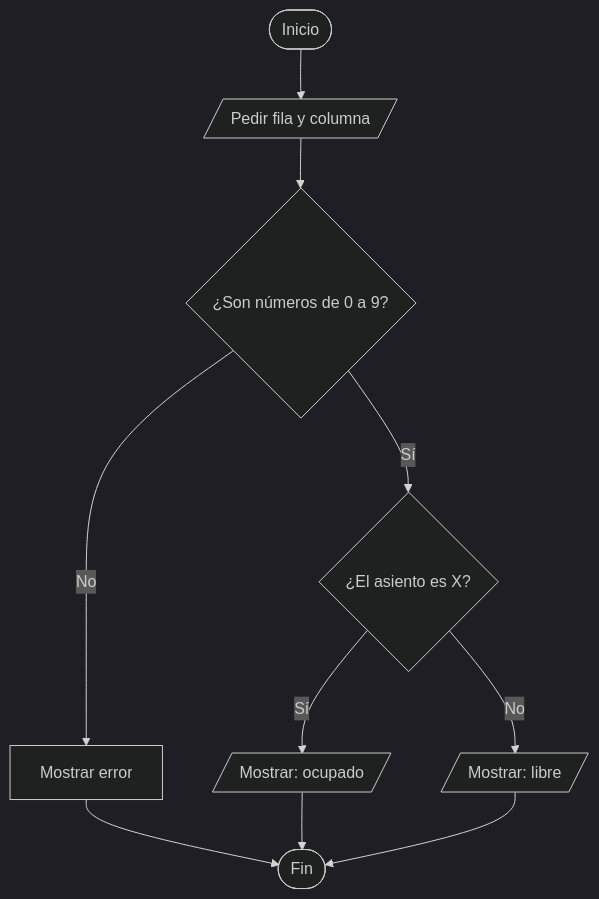
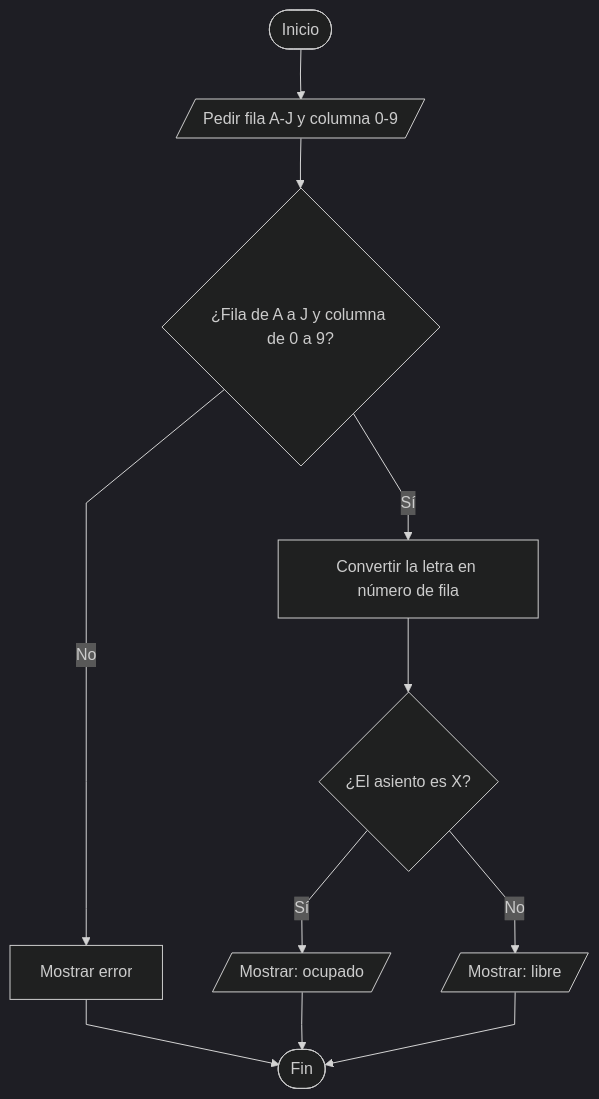
Before and after one commit to Roberto8322/Proyecto-Integrador-2-cine: the fifth of 6 diagrams in Documentacion/Dia-2-Diagramas-de-flujo.md, drawn with Mermaid (dark theme). The commit also changed other lines of this file and 1 other file, not shown here.

Commit message:
Día 2: se agregan los diagramas de flujo, el diseño modular y la interfaz con filas de A a J y columnas de 0 a 9

````diff
--- a/Documentacion/Dia-2-Diagramas-de-flujo.md
+++ b/Documentacion/Dia-2-Diagramas-de-flujo.md
@@ -69,12 +78,14 @@
 ```mermaid
+%%{init: {'flowchart': {'curve': 'linear'}}}%%
 flowchart TD
-    A([Inicio]) --> B[/Pedir fila y columna/]
-    B --> C{"¿Son números de 0 a 9?"}
+    A([Inicio]) --> B[/Pedir fila A-J y columna 0-9/]
+    B --> C{"¿Fila de A a J y columna de 0 a 9?"}
     C -->|No| D[Mostrar error]
     D --> Z([Fin])
-    C -->|Sí| E{"¿El asiento es X?"}
-    E -->|Sí| F[/Mostrar: ocupado/]
-    E -->|No| G[/Mostrar: libre/]
-    F --> Z
+    C -->|Sí| E[Convertir la letra en número de fila]
+    E --> F{"¿El asiento es X?"}
+    F -->|Sí| G[/Mostrar: ocupado/]
+    F -->|No| H[/Mostrar: libre/]
     G --> Z
+    H --> Z
 ```
````
